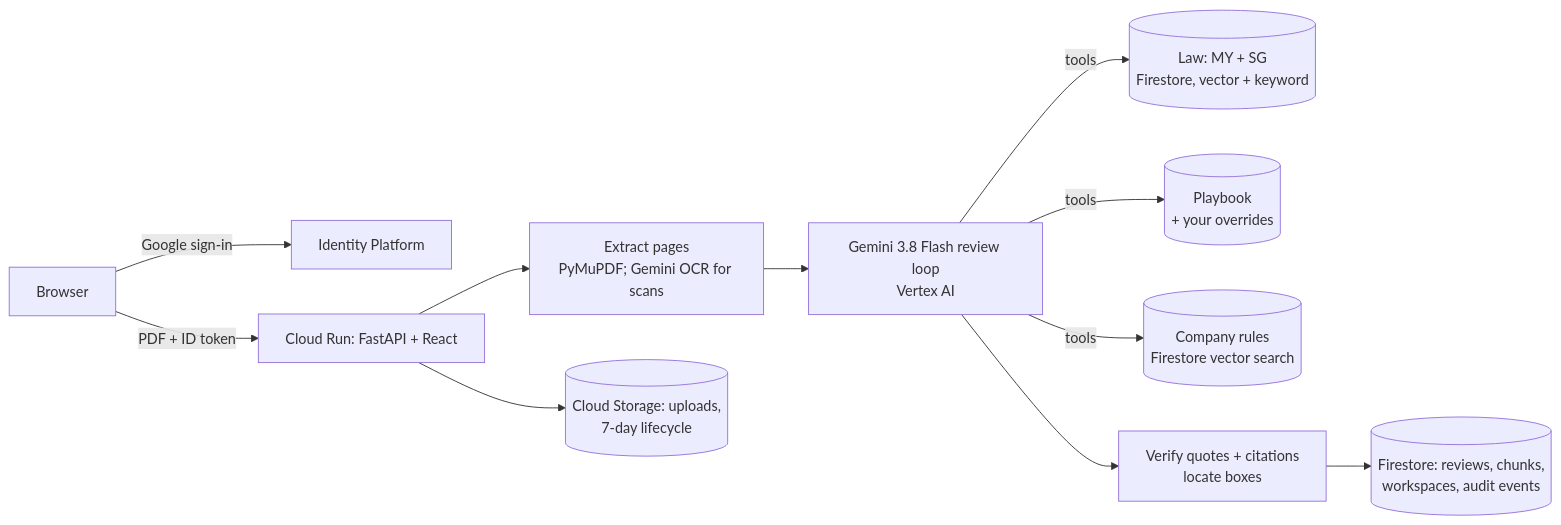
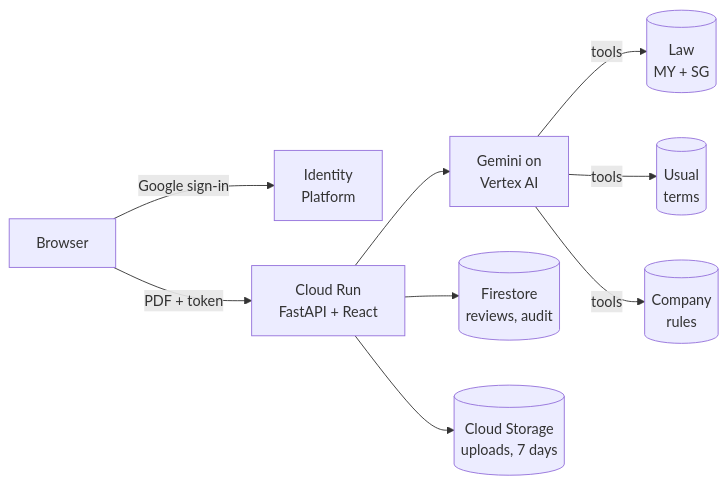
The second of 2 diagrams in README.md (nt-codee/contract-copilot), drawn with Mermaid before and after one commit. The commit also changed other lines of this file and 12 other files, not shown here.

Commit message:
README diagrams fit their shapes; stage illustration; no-cache pages; read-only demo

````diff
--- a/README.md
+++ b/README.md
@@ -168,13 +172,11 @@
 ```mermaid
 flowchart LR
-  U[Browser] -->|Google sign-in| I[Identity Platform]
-  U -->|PDF + ID token| R[Cloud Run: FastAPI + React]
-  R --> X[Extract pages<br/>PyMuPDF; Gemini OCR for scans]
-  X --> A[Gemini 3.8 Flash review loop<br/>Vertex AI]
-  A -->|tools| L[(Law: MY + SG<br/>Firestore, vector + keyword)]
-  A -->|tools| P[(Playbook<br/>+ your overrides)]
-  A -->|tools| C[(Company rules<br/>Firestore vector search)]
-  A --> V[Verify quotes + citations<br/>locate boxes]
-  V --> F[(Firestore: reviews, chunks,<br/>workspaces, audit events)]
-  R --> S[(Cloud Storage: uploads,<br/>7-day lifecycle)]
+  U["Browser"] -->|"Google sign-in"| I["Identity<br/>Platform"]
+  U -->|"PDF + token"| R["Cloud Run<br/>FastAPI + React"]
+  R --> A["Gemini on<br/>Vertex AI"]
+  A -->|tools| L[("Law<br/>MY + SG")]
+  A -->|tools| P[("Usual<br/>terms")]
+  A -->|tools| C[("Company<br/>rules")]
+  R --> F[("Firestore<br/>reviews, audit")]
+  R --> S[("Cloud Storage<br/>uploads, 7 days")]
 ```
````
